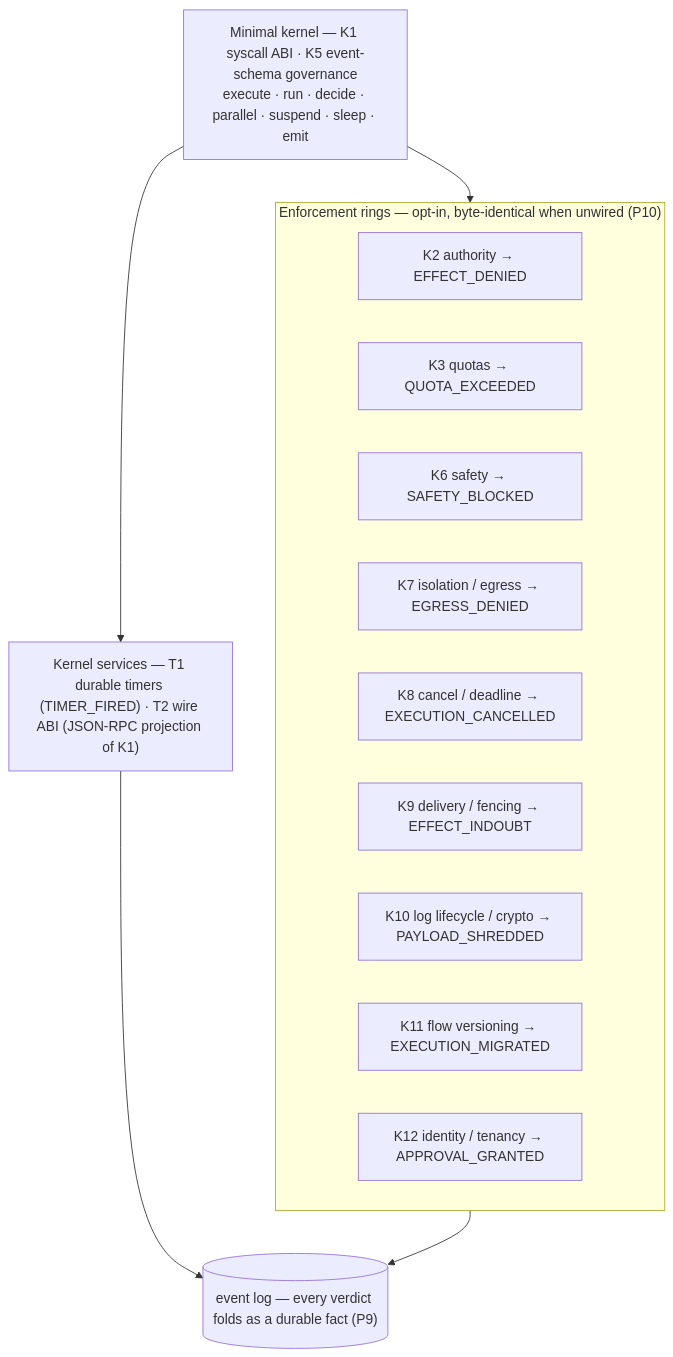
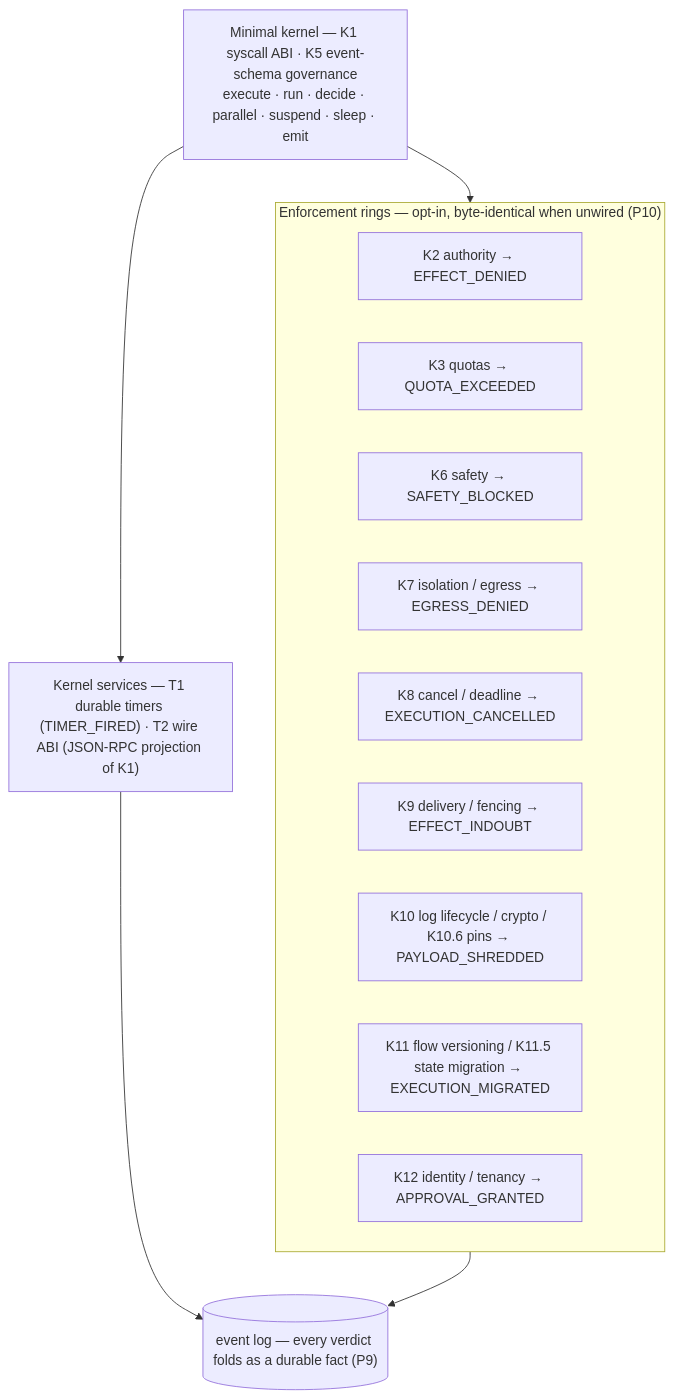
Before and after one commit to chhetrisushil/loom: the tenth of 12 diagrams in docs/architecture.md, drawn with Mermaid. The commit also changed other lines of this file and 19 other files, not shown here.

First line of the commit message:
docs(w9): sync docs/spec/diagrams/examples with the perpetual-agents series; relabel pin seam K10.5→K10.6

````diff
--- a/docs/architecture.md
+++ b/docs/architecture.md
@@ -331,23 +332,23 @@
 ```mermaid
 flowchart TB
   Sys["Minimal kernel — K1 syscall ABI · K5 event-schema governance<br/>execute · run · decide · parallel · suspend · sleep · emit"]
 
   subgraph Rings["Enforcement rings — opt-in, byte-identical when unwired (P10)"]
     K2["K2 authority → EFFECT_DENIED"]
     K3["K3 quotas → QUOTA_EXCEEDED"]
     K6["K6 safety → SAFETY_BLOCKED"]
     K7["K7 isolation / egress → EGRESS_DENIED"]
     K8["K8 cancel / deadline → EXECUTION_CANCELLED"]
     K9["K9 delivery / fencing → EFFECT_INDOUBT"]
-    K10["K10 log lifecycle / crypto → PAYLOAD_SHREDDED"]
-    K11["K11 flow versioning → EXECUTION_MIGRATED"]
+    K10["K10 log lifecycle / crypto / K10.6 pins → PAYLOAD_SHREDDED"]
+    K11["K11 flow versioning / K11.5 state migration → EXECUTION_MIGRATED"]
     K12["K12 identity / tenancy → APPROVAL_GRANTED"]
   end
 
   Svc["Kernel services — T1 durable timers (TIMER_FIRED) · T2 wire ABI (JSON-RPC projection of K1)"]
 
   Sys --> Rings
   Sys --> Svc
   Rings --> Log[("event log — every verdict folds as a durable fact (P9)")]
   Svc --> Log
 ```
````
